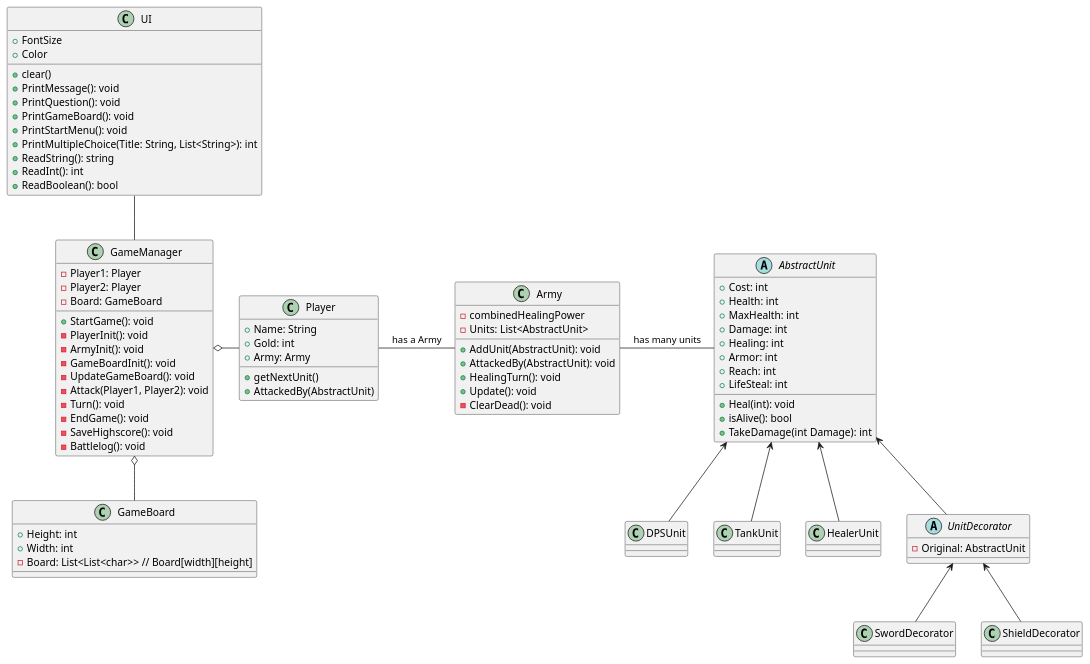
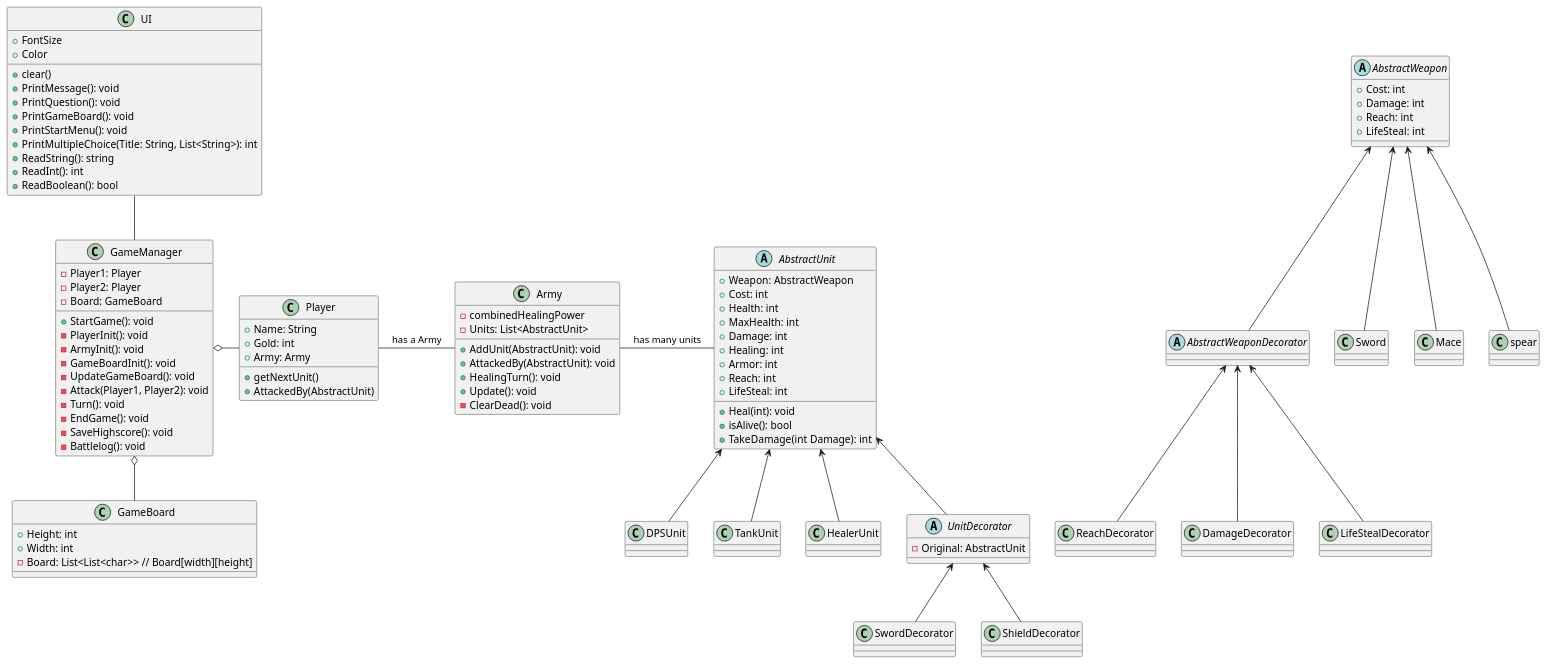
One commit to Fargekritt/SoftwareDesignEksamen changed the diagram in SoftwareDesignEksamen/Eksamen.puml. Above: the diagram before and after it, drawn with PlantUML. The commit also changed 10 other files, not shown here.

First line of the commit message:
Created AbstractShield * gives Armor * Created KiteShield * Decorator pattern

```diff
--- a/SoftwareDesignEksamen/Eksamen.puml
+++ b/SoftwareDesignEksamen/Eksamen.puml
@@ -1,91 +1,117 @@
 @startuml
 'https://plantuml.com/class-diagram
 class UI{
 + FontSize
 + Color
 + clear()
 + PrintMessage(): void
 + PrintQuestion(): void
 + PrintGameBoard(): void
 + PrintStartMenu(): void
 + PrintMultipleChoice(Title: String, List<String>): int
 + ReadString(): string
 + ReadInt(): int
 + ReadBoolean(): bool
 }
 class GameManager{
 - Player1: Player
 - Player2: Player
 - Board: GameBoard 
 + StartGame(): void
 - PlayerInit(): void
 - ArmyInit(): void
 - GameBoardInit(): void
 - UpdateGameBoard(): void
 - Attack(Player1, Player2): void
 - Turn(): void
 - EndGame(): void
 - SaveHighscore(): void
 - Battlelog(): void
 }
 class GameBoard{
 + Height: int
 + Width: int
 - Board: List<List<char>> // Board[width][height]
 }
 
 
 class Army {
 - combinedHealingPower
 - Units: List<AbstractUnit>
 + AddUnit(AbstractUnit): void
 + AttackedBy(AbstractUnit): void
 + HealingTurn(): void
 + Update(): void
 - ClearDead(): void
 }
 class Player{
 + Name: String
 + Gold: int
 + Army: Army
 + getNextUnit()
 + AttackedBy(AbstractUnit)
 }
 
 abstract class AbstractUnit{
++ Weapon: AbstractWeapon
 + Cost: int
 + Health: int
 + MaxHealth: int
 + Damage: int
 + Healing: int
 + Armor: int
 + Reach: int
 + Heal(int): void
 + LifeSteal: int
 + isAlive(): bool
 + TakeDamage(int Damage): int
 }
 class DPSUnit
 class TankUnit
 class HealerUnit
 abstract class UnitDecorator{
 - Original: AbstractUnit
 }
 class SwordDecorator
 class ShieldDecorator
 
+abstract class AbstractWeapon{
++ Cost: int
++ Damage: int
++ Reach: int
++ LifeSteal: int
+}
+
+abstract class AbstractWeaponDecorator
+class ReachDecorator
+class DamageDecorator
+class LifeStealDecorator
+
+class Sword
+class Mace
+class spear
+
+AbstractWeapon <-- AbstractWeaponDecorator
+AbstractWeapon <-- Sword
+AbstractWeapon <-- Mace
+AbstractWeapon <-- spear
+
+AbstractWeaponDecorator <-- ReachDecorator
+AbstractWeaponDecorator <-- DamageDecorator
+AbstractWeaponDecorator <-- LifeStealDecorator
+
 UI -- GameManager
 GameManager o- Player
 GameManager o-- GameBoard
 Player - Army : has a Army
 Army - AbstractUnit : has many units
 AbstractUnit <-- DPSUnit
 AbstractUnit <-- TankUnit
 AbstractUnit <-- HealerUnit
 AbstractUnit <-- UnitDecorator
 UnitDecorator <-- ShieldDecorator
 UnitDecorator <-- SwordDecorator
 
 
 
 @enduml
```
